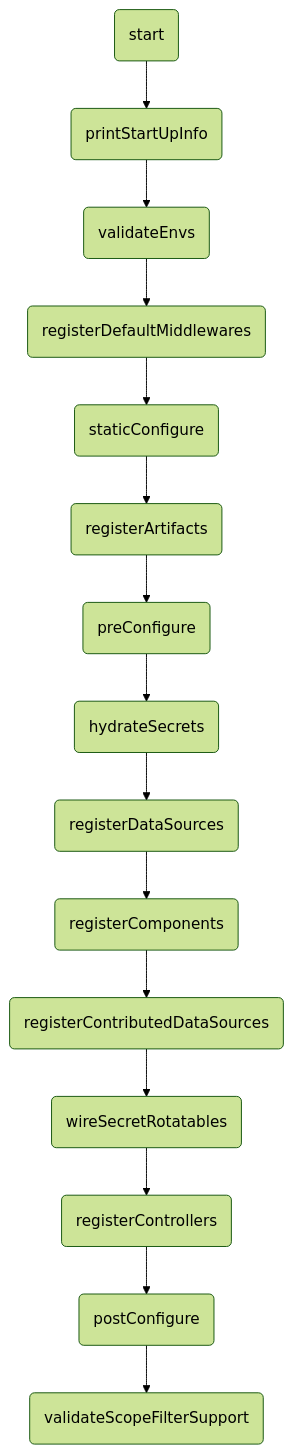
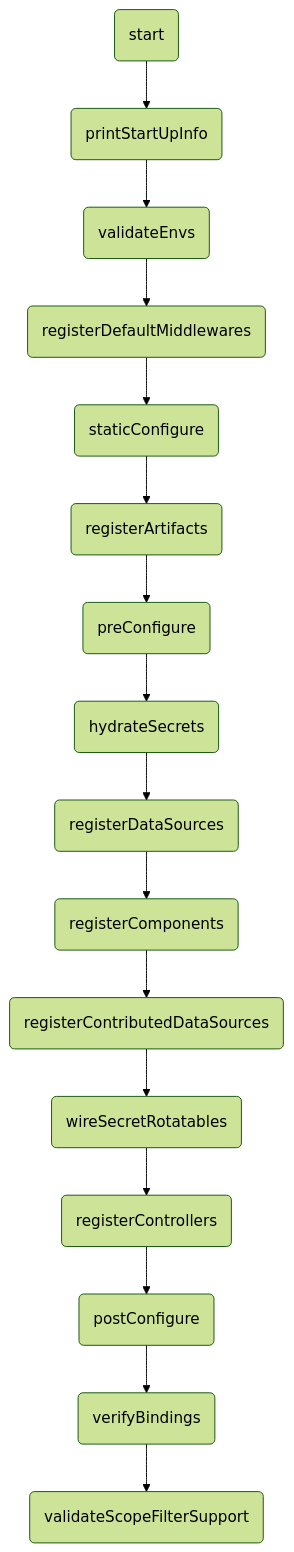
The second of 2 diagrams in docs/wiki/content/references/base/application.md (VENIZIA-AI/ignis), drawn with Mermaid (forest theme) before and after one commit. The commit also changed other lines of this file and 20 other files, not shown here.

````diff
--- a/docs/wiki/content/references/base/application.md
+++ b/docs/wiki/content/references/base/application.md
@@ -276,17 +279,18 @@
 ```mermaid
 graph TD
     A(start) --> B(printStartUpInfo);
     B --> C(validateEnvs);
     C --> D(registerDefaultMiddlewares);
     D --> E(staticConfigure);
     E --> E2(registerArtifacts);
     E2 --> F(preConfigure);
     F --> G(hydrateSecrets);
     G --> H(registerDataSources);
     H --> I(registerComponents);
     I --> J(registerContributedDataSources);
     J --> K(wireSecretRotatables);
     K --> L(registerControllers);
     L --> M(postConfigure);
-    M --> N(validateScopeFilterSupport);
+    M --> N(verifyBindings);
+    N --> O(validateScopeFilterSupport);
 ```
````
